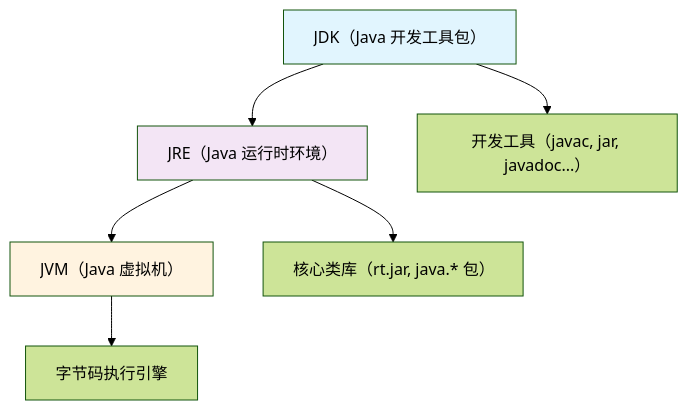
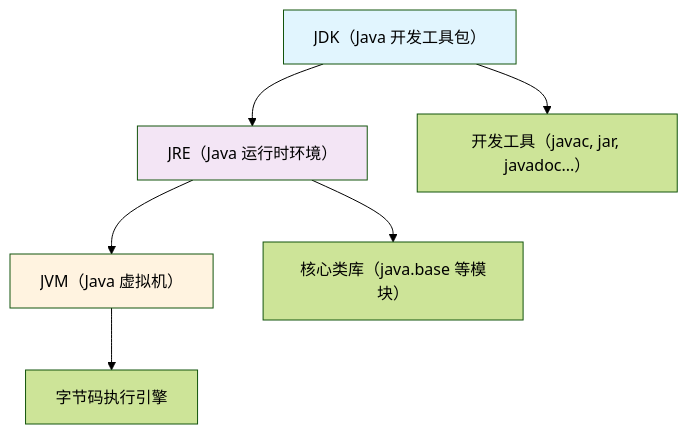
One commit to before80/prgms changed the first of 2 diagrams in content/Java/basic/Chapter-04-environment-setup.md. Above: the diagram before and after it, drawn with Mermaid (forest theme). The commit also changed other lines of this file and 1645 other files, not shown here.

````diff
--- a/content/Java/basic/Chapter-04-environment-setup.md
+++ b/content/Java/basic/Chapter-04-environment-setup.md
@@ -59,19 +63,19 @@
 ```mermaid
 graph TD
     JDK["JDK（Java 开发工具包）"]
     JRE["JRE（Java 运行时环境）"]
     JVM["JVM（Java 虚拟机）"]
     Tools["开发工具（javac, jar, javadoc...）"]
-    Core["核心类库（rt.jar, java.* 包）"]
+    Core["核心类库（java.base 等模块）"]
     Bytecode["字节码执行引擎"]
 
     JDK --> JRE
     JDK --> Tools
     JRE --> JVM
     JRE --> Core
     JVM --> Bytecode
 
     style JDK fill:#e1f5fe
     style JRE fill:#f3e5f5
     style JVM fill:#fff3e0
 ```
````
